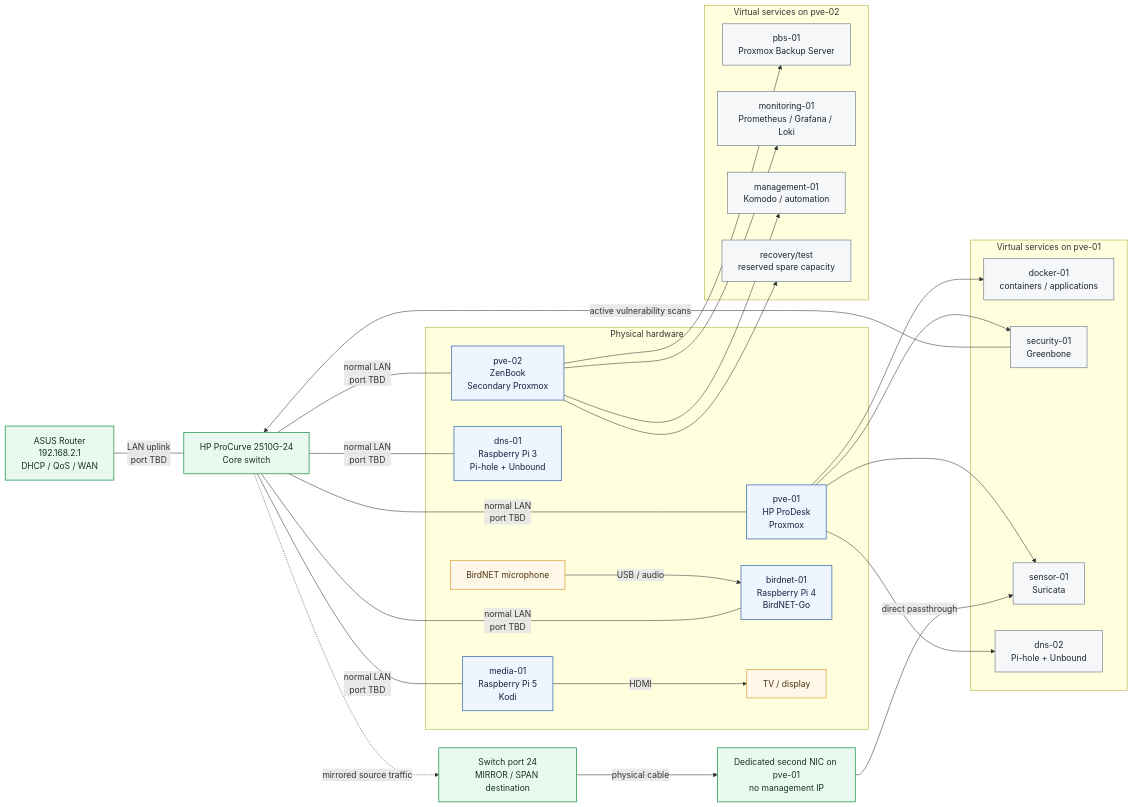
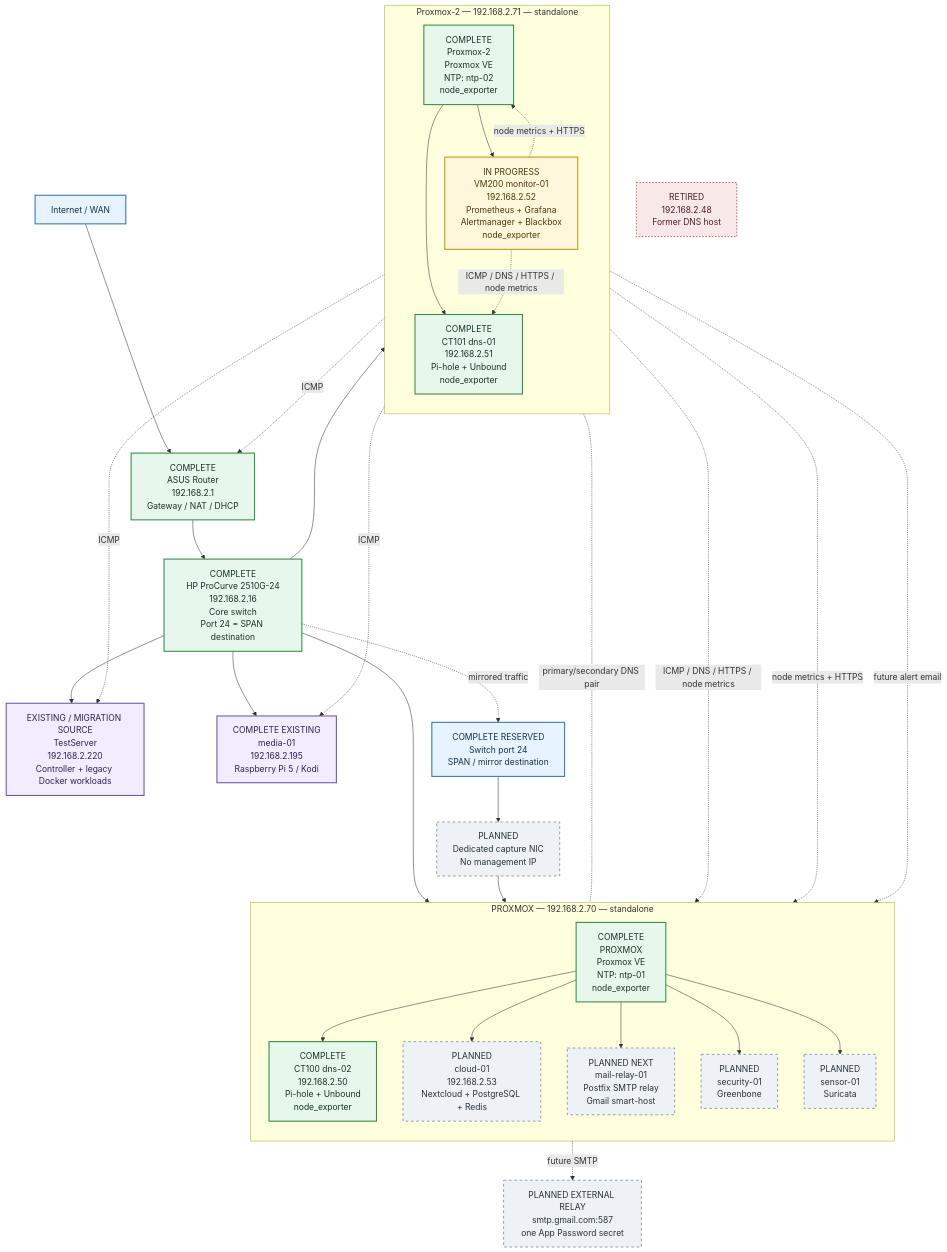
Before and after one commit to jrwroberts1976/homelab-platform: the diagram in docs/architecture/PROPOSED-LAYOUT.md, drawn with Mermaid. The commit also changed other lines of this file, not shown here.

Commit message:
Update network diagram with live and planned estate

````diff
--- a/docs/architecture/PROPOSED-LAYOUT.md
+++ b/docs/architecture/PROPOSED-LAYOUT.md
@@ -5,63 +15,71 @@
 ```mermaid
-flowchart LR
-  classDef physical fill:#eef5ff,stroke:#4a78b8,stroke-width:1.5px,color:#12233f
-  classDef vm fill:#f6f7f9,stroke:#6d7b8c,stroke-width:1.2px,color:#1b2733
-  classDef network fill:#eaf9ef,stroke:#2d9d5b,stroke-width:1.5px,color:#12351f
-  classDef peripheral fill:#fff7e8,stroke:#d79a2b,stroke-width:1.2px,color:#49320d
+flowchart TB
+  classDef complete fill:#e8f7ec,stroke:#2f8f46,stroke-width:2px,color:#17351e
+  classDef progress fill:#fff7db,stroke:#c89518,stroke-width:2px,color:#4c3a05
+  classDef planned fill:#eef2f7,stroke:#7b8794,stroke-width:1.5px,color:#26323d,stroke-dasharray: 5 5
+  classDef network fill:#e7f3ff,stroke:#3277b3,stroke-width:2px,color:#15324a
+  classDef retired fill:#f8e8e8,stroke:#a84c4c,stroke-width:1.5px,color:#4c1f1f,stroke-dasharray: 3 3
+  classDef physical fill:#f2ecff,stroke:#6e55b3,stroke-width:2px,color:#2e2351
 
-  R["ASUS Router<br/>192.168.2.1<br/>DHCP / QoS / WAN"]:::network
-  SW["HP ProCurve 2510G-24<br/>Core switch"]:::network
+  WAN["Internet / WAN"]:::network
+  ROUTER["COMPLETE<br/>ASUS Router<br/>192.168.2.1<br/>Gateway / NAT / DHCP"]:::complete
+  SWITCH["COMPLETE<br/>HP ProCurve 2510G-24<br/>192.168.2.16<br/>Core switch<br/>Port 24 = SPAN destination"]:::complete
 
-  R ---|"LAN uplink<br/>port TBD"| SW
+  WAN --> ROUTER
+  ROUTER --> SWITCH
 
-  subgraph PHYS["Physical hardware"]
-    PVE["pve-01<br/>HP ProDesk<br/>Proxmox"]:::physical
-    PVE2["pve-02<br/>ZenBook<br/>Secondary Proxmox"]:::physical
-    DNS1["dns-01<br/>Raspberry Pi 3<br/>Pi-hole + Unbound"]:::physical
-    BIRD["birdnet-01<br/>Raspberry Pi 4<br/>BirdNET-Go"]:::physical
-    MEDIA["media-01<br/>Raspberry Pi 5<br/>Kodi"]:::physical
-    MIC["BirdNET microphone"]:::peripheral
-    TV["TV / display"]:::peripheral
+  subgraph PVE1["PROXMOX — 192.168.2.70 — standalone"]
+    direction TB
+    PVE1HOST["COMPLETE<br/>PROXMOX<br/>Proxmox VE<br/>NTP: ntp-01<br/>node_exporter"]:::complete
+    DNS02["COMPLETE<br/>CT100 dns-02<br/>192.168.2.50<br/>Pi-hole + Unbound<br/>node_exporter"]:::complete
+    CLOUD["PLANNED<br/>cloud-01<br/>192.168.2.53<br/>Nextcloud + PostgreSQL + Redis"]:::planned
+    MAIL["PLANNED NEXT<br/>mail-relay-01<br/>Postfix SMTP relay<br/>Gmail smart-host"]:::planned
+    SECURITY["PLANNED<br/>security-01<br/>Greenbone"]:::planned
+    SENSOR["PLANNED<br/>sensor-01<br/>Suricata"]:::planned
 
-    MIC -->|"USB / audio"| BIRD
-    MEDIA -->|"HDMI"| TV
+    PVE1HOST --> DNS02
+    PVE1HOST --> CLOUD
+    PVE1HOST --> MAIL
+    PVE1HOST --> SECURITY
+    PVE1HOST --> SENSOR
   end
 
-  SW ---|"normal LAN<br/>port TBD"| PVE
-  SW ---|"normal LAN<br/>port TBD"| PVE2
-  SW ---|"normal LAN<br/>port TBD"| DNS1
-  SW ---|"normal LAN<br/>port TBD"| BIRD
-  SW ---|"normal LAN<br/>port TBD"| MEDIA
+  subgraph PVE2["Proxmox-2 — 192.168.2.71 — standalone"]
+    direction TB
+    PVE2HOST["COMPLETE<br/>Proxmox-2<br/>Proxmox VE<br/>NTP: ntp-02<br/>node_exporter"]:::complete
+    DNS01["COMPLETE<br/>CT101 dns-01<br/>192.168.2.51<br/>Pi-hole + Unbound<br/>node_exporter"]:::complete
+    MON["IN PROGRESS<br/>VM200 monitor-01<br/>192.168.2.52<br/>Prometheus + Grafana<br/>Alertmanager + Blackbox<br/>node_exporter"]:::progress
 
-  subgraph VMS1["Virtual services on pve-01"]
-    DOCKER["docker-01<br/>containers / applications"]:::vm
-    SEC["security-01<br/>Greenbone"]:::vm
-    SENSOR["sensor-01<br/>Suricata"]:::vm
-    DNS2["dns-02<br/>Pi-hole + Unbound"]:::vm
+    PVE2HOST --> DNS01
+    PVE2HOST --> MON
   end
 
-  subgraph VMS2["Virtual services on pve-02"]
-    PBS["pbs-01<br/>Proxmox Backup Server"]:::vm
-    MON["monitoring-01<br/>Prometheus / Grafana / Loki"]:::vm
-    MGMT["management-01<br/>Komodo / automation"]:::vm
-    REC["recovery/test<br/>reserved spare capacity"]:::vm
-  end
+  TEST["EXISTING / MIGRATION SOURCE<br/>TestServer<br/>192.168.2.220<br/>Controller + legacy Docker workloads"]:::physical
+  MEDIA["COMPLETE EXISTING<br/>media-01<br/>192.168.2.195<br/>Raspberry Pi 5 / Kodi"]:::physical
+  RET48["RETIRED<br/>192.168.2.48<br/>Former DNS host"]:::retired
 
-  PVE --> DOCKER
-  PVE --> SEC
-  PVE --> SENSOR
-  PVE --> DNS2
-  PVE2 --> PBS
-  PVE2 --> MON
-  PVE2 --> MGMT
-  PVE2 --> REC
+  SWITCH --> PVE1HOST
+  SWITCH --> PVE2HOST
+  SWITCH --> TEST
+  SWITCH --> MEDIA
 
-  SPAN["Switch port 24<br/>MIRROR / SPAN destination"]:::network
-  CAP["Dedicated second NIC on pve-01<br/>no management IP"]:::network
+  DNS01 -. "primary/secondary DNS pair" .- DNS02
 
-  SW -. "mirrored source traffic" .-> SPAN
-  SPAN -->|"physical cable"| CAP
-  CAP -->|"direct passthrough"| SENSOR
+  MON -. "ICMP / DNS / HTTPS / node metrics" .-> DNS01
+  MON -. "ICMP / DNS / HTTPS / node metrics" .-> DNS02
+  MON -. "node metrics + HTTPS" .-> PVE1HOST
+  MON -. "node metrics + HTTPS" .-> PVE2HOST
+  MON -. "ICMP" .-> ROUTER
+  MON -. "ICMP" .-> TEST
+  MON -. "ICMP" .-> MEDIA
 
-  SEC -->|"active vulnerability scans"| SW
+  SPAN["COMPLETE RESERVED<br/>Switch port 24<br/>SPAN / mirror destination"]:::network
+  CAPNIC["PLANNED<br/>Dedicated capture NIC<br/>No management IP"]:::planned
+
+  SWITCH -. "mirrored traffic" .-> SPAN
+  SPAN --> CAPNIC
+  CAPNIC --> SENSOR
+
+  MAIL -. "future SMTP" .-> GMAIL["PLANNED EXTERNAL RELAY<br/>smtp.gmail.com:587<br/>one App Password secret"]:::planned
+  MON -. "future alert email" .-> MAIL
 ```
````
